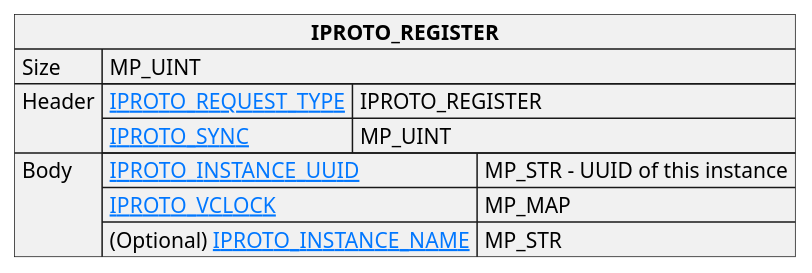
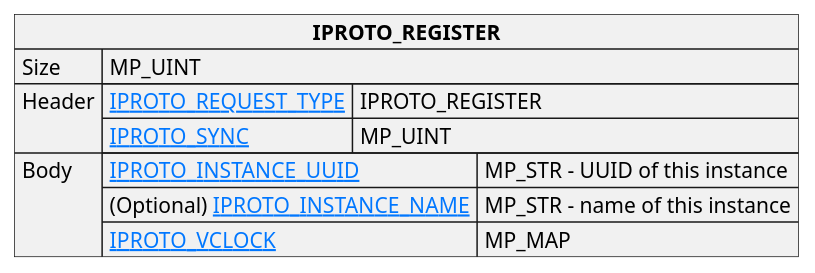
Before and after one commit to tarantool/doc: the diagram in doc/reference/internals/iproto/images/repl_register.puml, drawn with PlantUML. The commit also changed 4 other files, not shown here.

```diff
--- a/doc/reference/internals/iproto/images/repl_register.puml
+++ b/doc/reference/internals/iproto/images/repl_register.puml
@@ -1,23 +1,23 @@
 @startuml
 
 skinparam {
     HyperlinkColor #0077FF
     FontColor #313131
     BorderColor #313131
     BackgroundColor transparent
 }
 
 json "**IPROTO_REGISTER**" as register_request {
     "Size": "MP_UINT",
     "Header": {
       "[[https://tarantool.io/en/doc/latest/reference/internals/iproto/keys IPROTO_REQUEST_TYPE]]": "IPROTO_REGISTER",
       "[[https://tarantool.io/en/doc/latest/reference/internals/iproto/keys IPROTO_SYNC]]": "MP_UINT"
     },
     "Body": {
       "[[https://tarantool.io/en/doc/latest/reference/internals/iproto/keys IPROTO_INSTANCE_UUID]]": "MP_STR – UUID of this instance",
-      "[[https://tarantool.io/en/doc/latest/reference/internals/iproto/keys IPROTO_VCLOCK]]": "MP_MAP",
-      "(Optional) [[https://tarantool.io/en/doc/latest/reference/internals/iproto/keys IPROTO_INSTANCE_NAME]]": "MP_STR"
+      "(Optional) [[https://tarantool.io/en/doc/latest/reference/internals/iproto/keys IPROTO_INSTANCE_NAME]]": "MP_STR - name of this instance",
+      "[[https://tarantool.io/en/doc/latest/reference/internals/iproto/keys IPROTO_VCLOCK]]": "MP_MAP"
     }
 }
 
 @enduml
```
